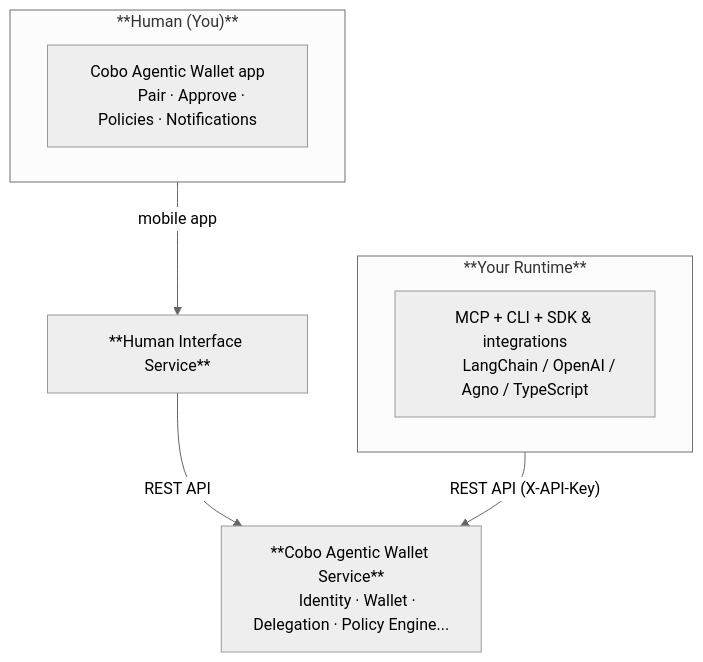
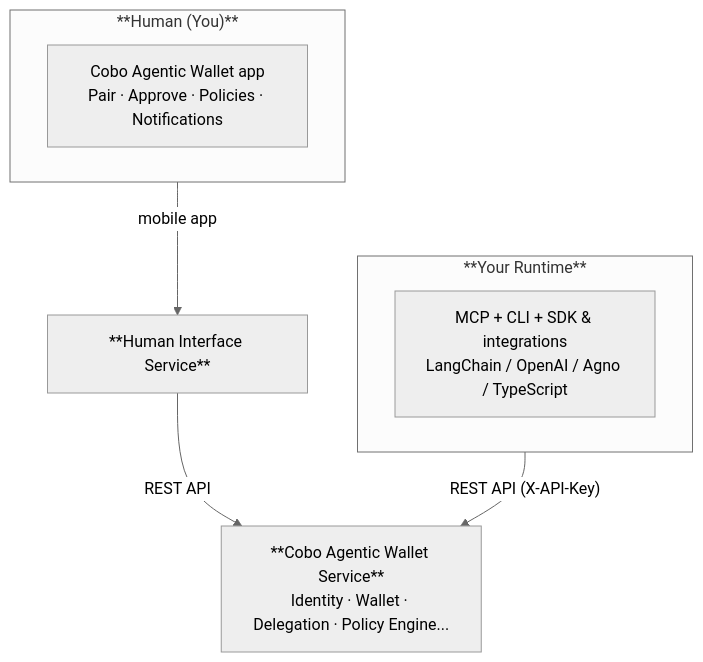
The diagram in products/agentic-wallet/manual/developer/technical-architecture.mdx (CoboGlobal/cobo-agentic-wallet-manual), drawn with Mermaid (neutral theme) before and after one commit. The commit also changed 7 other files, not shown here.

First line of the commit message:
sync: update docs from cobo-agent-wallet mintlify

````diff
--- a/products/agentic-wallet/manual/developer/technical-architecture.mdx
+++ b/products/agentic-wallet/manual/developer/technical-architecture.mdx
@@ -14,21 +14,18 @@
 ```mermaid
 flowchart TD
     subgraph AI["**Your Runtime**"]
-        sdk["MCP + CLI + SDK & integrations
-        LangChain / OpenAI / Agno / TypeScript"]
+        sdk["MCP + CLI + SDK & integrations<br/>LangChain / OpenAI / Agno / TypeScript"]
     end
 
     subgraph Human["**Human (You)**"]
-        im["Cobo Agentic Wallet app
-        Pair · Approve · Policies · Notifications"]
+        im["Cobo Agentic Wallet app<br/>Pair · Approve · Policies · Notifications"]
     end
 
     nl["**Human Interface Service**"]
 
-    core["**Cobo Agentic Wallet Service**
-    Identity · Wallet · Delegation · Policy Engine..."]
+    core["**Cobo Agentic Wallet Service**<br/>Identity · Wallet · Delegation · Policy Engine..."]
 
     AI -->|"REST API (X-API-Key)"| core
     Human -->|"mobile app"| nl
     nl -->|"REST API"| core
 ```
````
